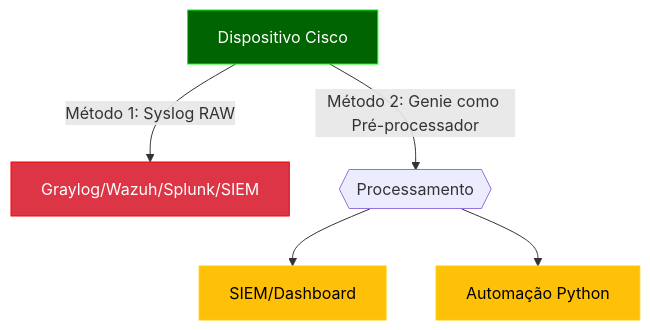
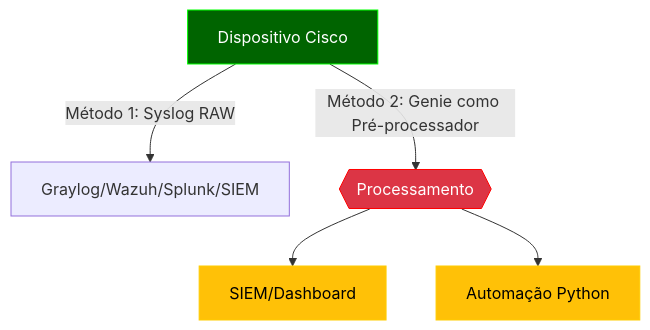
One commit to alcancil/Cisco changed the second of 2 diagrams in CCNP 350-401 ENCOR/06 - Automation/19- Python - 14 - Parsing  Automatico/README.md. Above: the diagram before and after it, drawn with Mermaid.

Commit message:
Alterado o arquivo README.md

````diff
--- a/CCNP 350-401 ENCOR/06 - Automation/19- Python - 14 - Parsing  Automatico/README.md
+++ b/CCNP 350-401 ENCOR/06 - Automation/19- Python - 14 - Parsing  Automatico/README.md
@@ -266,12 +266,12 @@
 ```mermaid
 flowchart TD
     A[Dispositivo Cisco] -->|Método 1: Syslog RAW| B[Graylog/Wazuh/Splunk/SIEM]
     A -->|Método 2: Genie como Pré-processador| C{{Processamento}}
     C --> D[SIEM/Dashboard]
     C --> E[Automação Python]
 
     style A fill:#006400,stroke:#00ff00,color:#ffffff 
-    style B fill:#dc3545,stroke:#ff0000,color:#ffffff
+    style C fill:#dc3545,stroke:#ff0000,color:#ffffff
     style D fill:#ffc107,stroke:#ffcc00,color:#000000
     style E fill:#ffc107,stroke:#ffcc00,color:#000000
 ```
````
